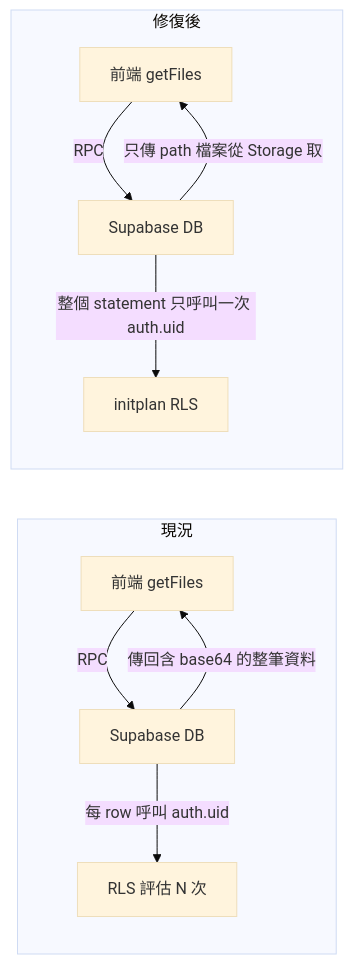
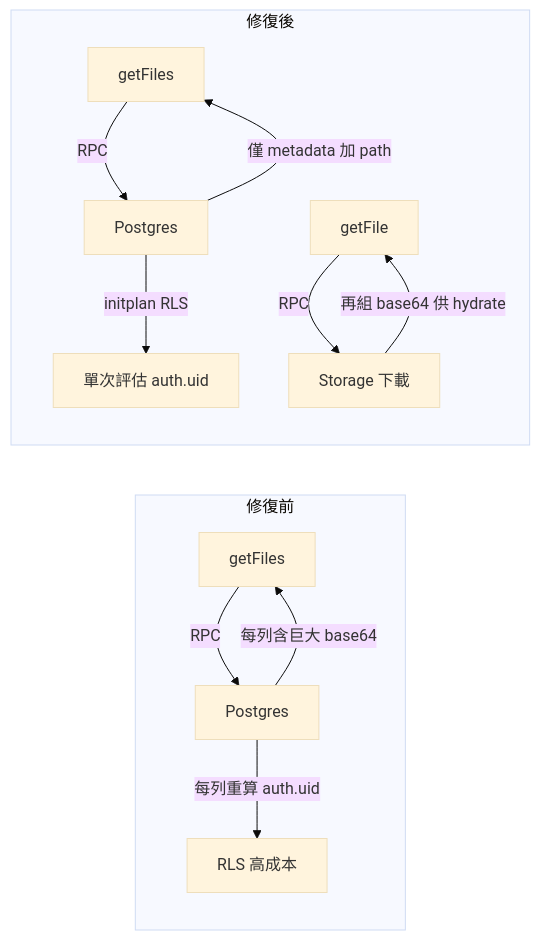
Before and after one commit to kratoswrathful-wy/talk-hanzi-joy: the diagram in docs/incident-report_2026-05-01_rls-and-db-load.md, drawn with Mermaid (base theme). The commit also changed other lines of this file and 2 other files, not shown here.

First line of the commit message:
docs: 補齊事故報告時間線、HANDOFF／CODEMAP Storage 索引

````diff
--- a/docs/incident-report_2026-05-01_rls-and-db-load.md
+++ b/docs/incident-report_2026-05-01_rls-and-db-load.md
@@ -36,13 +37,15 @@
 ```mermaid
 flowchart LR
-    subgraph now [現況]
-        A[前端 getFiles] -->|RPC| B[Supabase DB]
-        B -->|傳回含 base64 的整筆資料| A
-        B -->|每 row 呼叫 auth.uid| C[RLS 評估 N 次]
+    subgraph before [修復前]
+        A1[getFiles] -->|RPC| B1[Postgres]
+        B1 -->|每列含巨大 base64| A1
+        B1 -->|每列重算 auth.uid| C1[RLS 高成本]
     end
     subgraph after [修復後]
-        D[前端 getFiles] -->|RPC| E[Supabase DB]
-        E -->|整個 statement 只呼叫一次 auth.uid| F[initplan RLS]
-        E -->|只傳 path 檔案從 Storage 取| D
+        A2[getFiles] -->|RPC| B2[Postgres]
+        B2 -->|僅 metadata 加 path| A2
+        B2 -->|initplan RLS| C2[單次評估 auth.uid]
+        A3[getFile] -->|RPC| D3[Storage 下載]
+        D3 -->|再組 base64 供 hydrate| A3
     end
 ```
````
